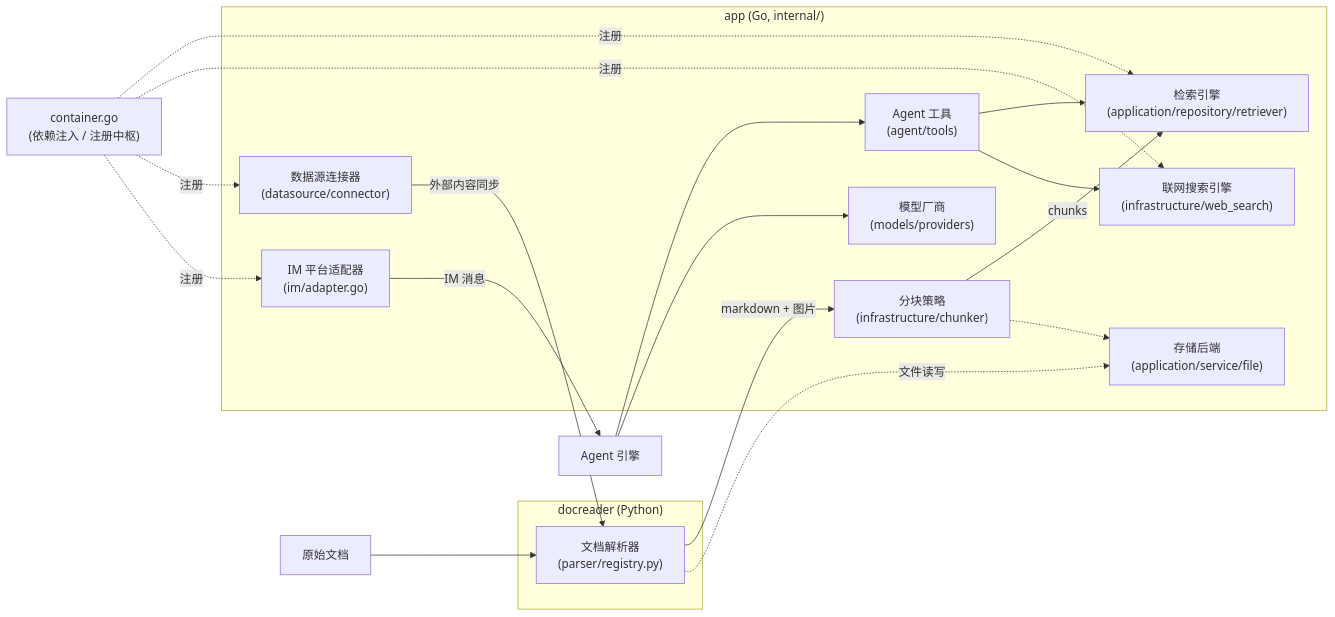
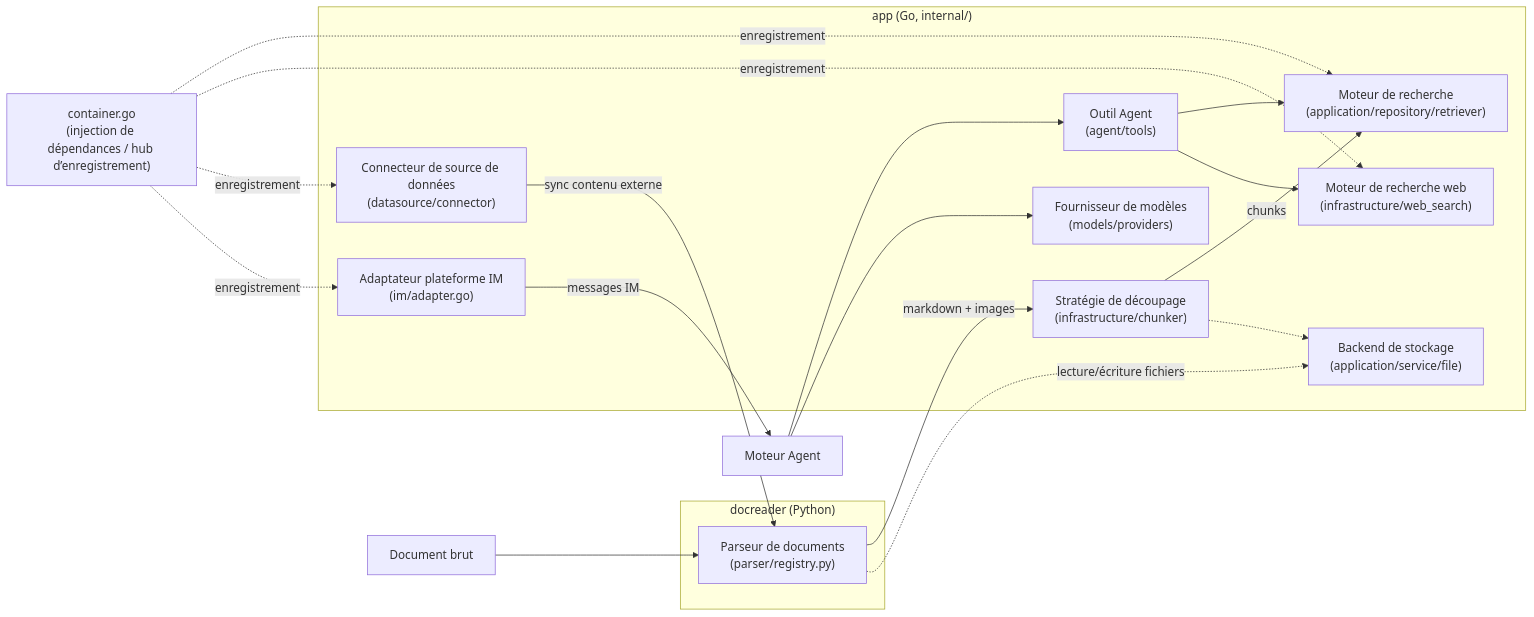
One commit to samiriggui-code/gsms-template changed the diagram in website-docs/06-development/03-extension-points.md. Above: the diagram before and after it, drawn with Mermaid. The commit also changed other lines of this file and 301 other files, not shown here.

````diff
--- a/website-docs/06-development/03-extension-points.md
+++ b/website-docs/06-development/03-extension-points.md
@@ -7,31 +7,31 @@
 ```mermaid
 graph LR
     subgraph DR["docreader (Python)"]
-        P1["文档解析器<br/>(parser/registry.py)"]
+        P1["Parseur de documents<br/>(parser/registry.py)"]
     end
     subgraph APP["app (Go, internal/)"]
-        P2["分块策略<br/>(infrastructure/chunker)"]
-        P3["检索引擎<br/>(application/repository/retriever)"]
-        P4["模型厂商<br/>(models/providers)"]
-        P5["联网搜索引擎<br/>(infrastructure/web_search)"]
-        P6["数据源连接器<br/>(datasource/connector)"]
-        P7["IM 平台适配器<br/>(im/adapter.go)"]
-        P8["Agent 工具<br/>(agent/tools)"]
-        P9["存储后端<br/>(application/service/file)"]
+        P2["Stratégie de découpage<br/>(infrastructure/chunker)"]
+        P3["Moteur de recherche<br/>(application/repository/retriever)"]
+        P4["Fournisseur de modèles<br/>(models/providers)"]
+        P5["Moteur de recherche web<br/>(infrastructure/web_search)"]
+        P6["Connecteur de source de données<br/>(datasource/connector)"]
+        P7["Adaptateur plateforme IM<br/>(im/adapter.go)"]
+        P8["Outil Agent<br/>(agent/tools)"]
+        P9["Backend de stockage<br/>(application/service/file)"]
     end
-    DOC["原始文档"] --> P1
-    P1 -->|"markdown + 图片"| P2
+    DOC["Document brut"] --> P1
+    P1 -->|"markdown + images"| P2
     P2 -->|"chunks"| P3
-    P6 -->|"外部内容同步"| P1
-    P7 -->|"IM 消息"| AG["Agent 引擎"]
+    P6 -->|"sync contenu externe"| P1
+    P7 -->|"messages IM"| AG["Moteur Agent"]
     AG --> P8
     P8 --> P3
     P8 --> P5
     AG --> P4
-    P1 -.->|"文件读写"| P9
+    P1 -.->|"lecture/écriture fichiers"| P9
     P2 -.-> P9
-    CT["container.go<br/>(依赖注入 / 注册中枢)"] -.->|"注册"| P3
-    CT -.->|"注册"| P5
-    CT -.->|"注册"| P6
-    CT -.->|"注册"| P7
+    CT["container.go<br/>(injection de dépendances / hub d’enregistrement)"] -.->|"enregistrement"| P3
+    CT -.->|"enregistrement"| P5
+    CT -.->|"enregistrement"| P6
+    CT -.->|"enregistrement"| P7
 ```
````
